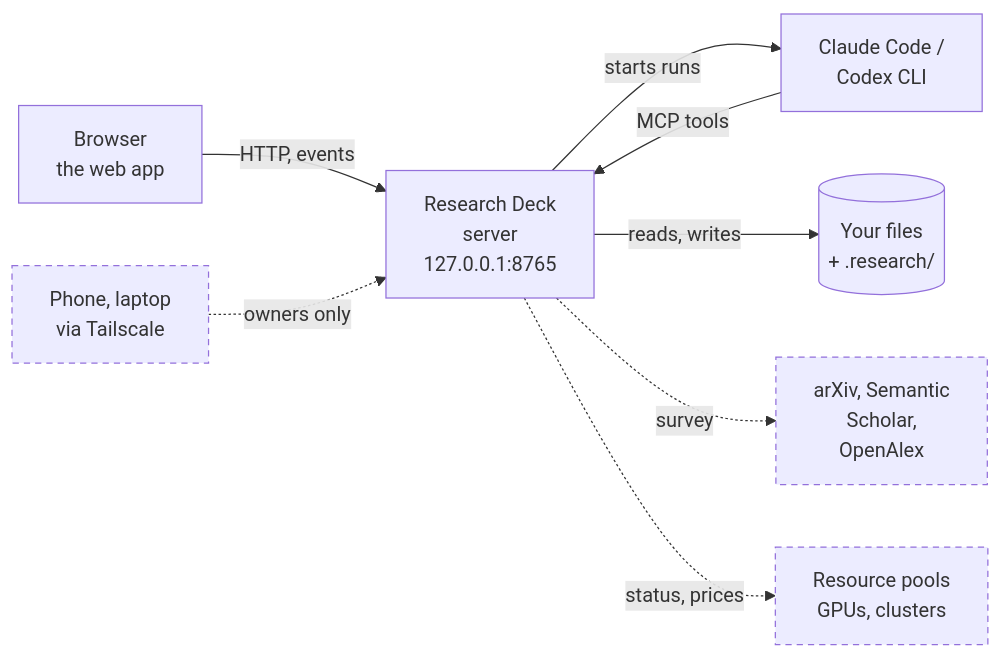
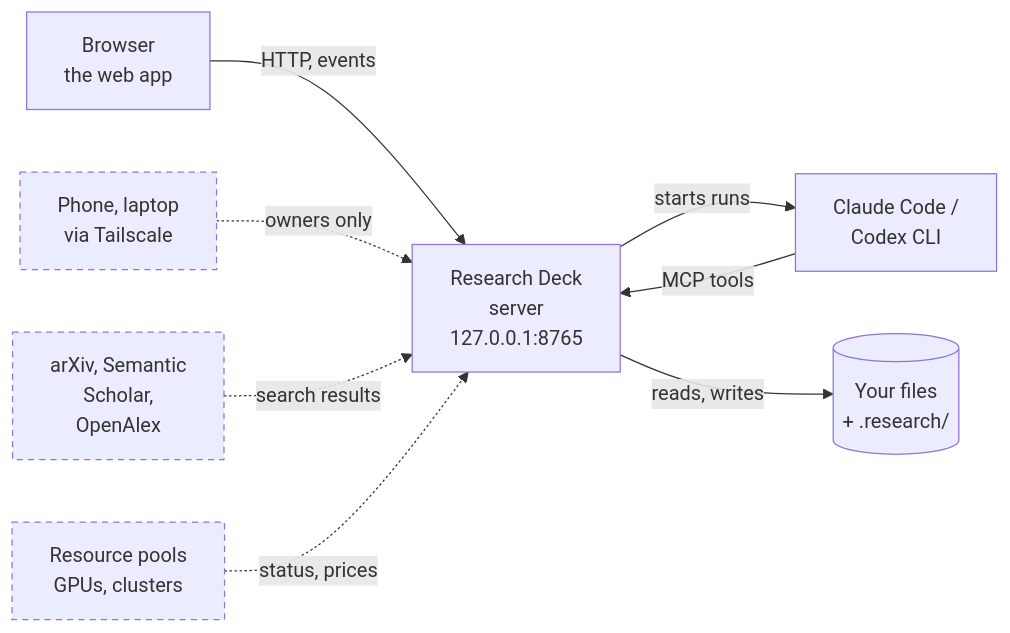
Before and after one commit to RickWayne1125/research-deck: the diagram in README.md, drawn with Mermaid.

Commit message:
README: keep the diagram clear of GitHub's zoom buttons
GitHub draws its pan and zoom buttons over the bottom-right corner of a
Mermaid diagram, where they covered the resource pools box. The outside
services now feed the server from the left, in the direction their data
flows, so the right side holds only the agents and the files.

````diff
--- a/README.md
+++ b/README.md
@@ -43,20 +43,20 @@
 ```mermaid
 flowchart LR
   browser["Browser<br/>the web app"]
   remote["Phone, laptop<br/>via Tailscale"]:::outside
+  survey["arXiv, Semantic<br/>Scholar,<br/>OpenAlex"]:::outside
+  pools["Resource pools<br/>GPUs, clusters"]:::outside
   server["Research Deck<br/>server<br/>127.0.0.1:8765"]
   agents["Claude Code /<br/>Codex CLI"]
   files[("Your files<br/>+ .research/")]
-  survey["arXiv, Semantic<br/>Scholar,<br/>OpenAlex"]:::outside
-  pools["Resource pools<br/>GPUs, clusters"]:::outside
 
   browser -- "HTTP, events" --> server
   remote -. "owners only" .-> server
+  survey -. "search results" .-> server
+  pools -. "status, prices" .-> server
   server -- "starts runs" --> agents
   agents -- "MCP tools" --> server
   server -- "reads, writes" --> files
-  server -. "survey" .-> survey
-  server -. "status, prices" .-> pools
 
   classDef outside stroke-dasharray: 5 4
 ```
````
